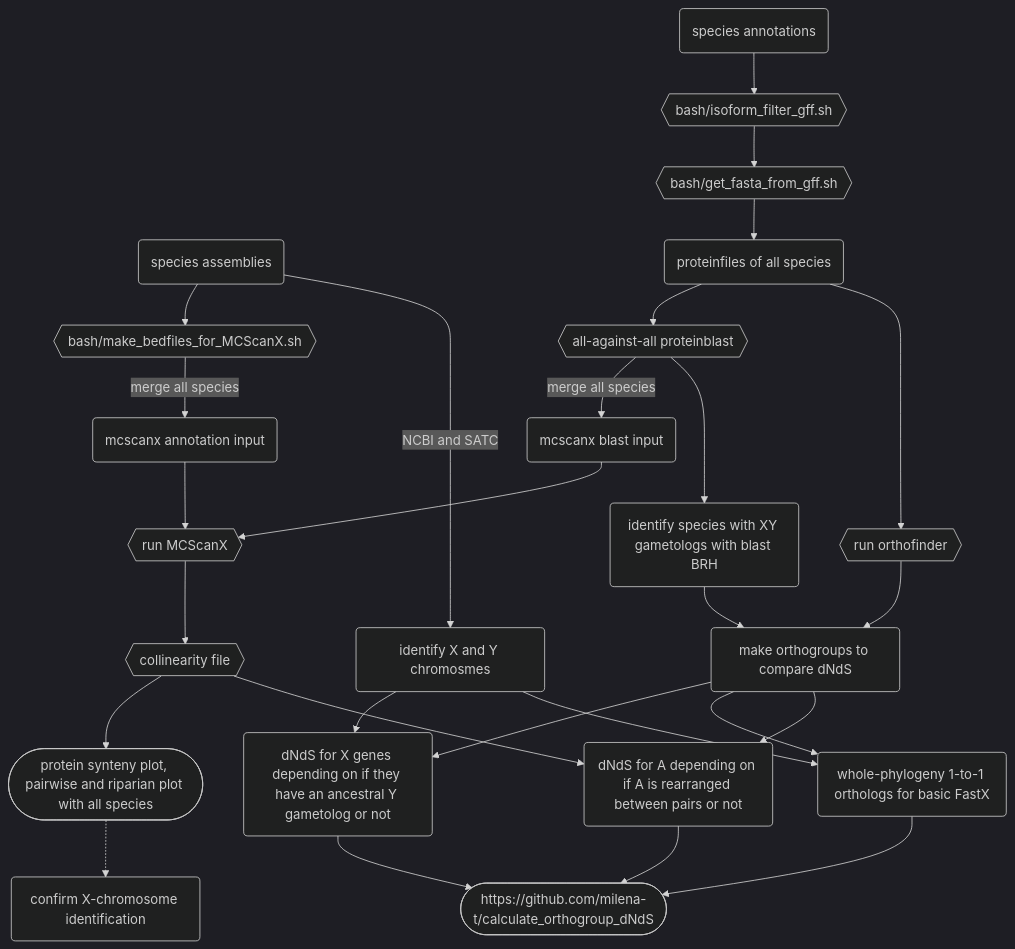
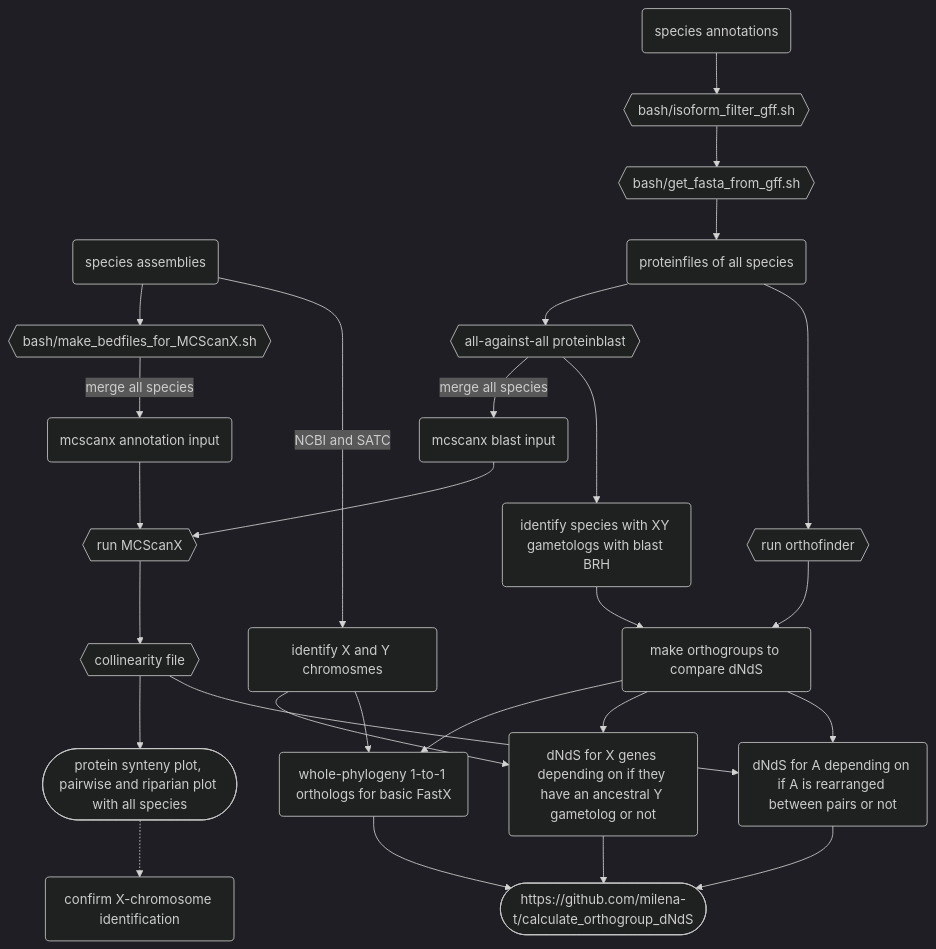
The diagram in README.md (milena-t/PhD_chapter3), drawn with Mermaid (dark theme) before and after one commit. The commit also changed other lines of this file, not shown here.

Commit message:
moremermaid

````diff
--- a/README.md
+++ b/README.md
@@ -55,39 +55,39 @@
 ```mermaid
 graph TD;
     species_Ass(species assemblies);
     species_Ass --> simplified_bed{{bash/make_bedfiles_for_MCScanX.sh}};
     simplified_bed -- merge all species --> mcscanx_bed(mcscanx annotation input);
     
     species_Ann(species annotations);
     species_Ann --> is_filter{{bash/isoform_filter_gff.sh}};
     is_filter --> get_prot{{bash/get_fasta_from_gff.sh}};
     get_prot --> protfiles(proteinfiles of all species);
     protfiles --> blast{{all-against-all proteinblast}};
     blast -- merge all species --> mcscanx_blast(mcscanx blast input);
 
     mcscanx_bed --> run_mcscanx{{run MCScanX}};
     mcscanx_blast --> run_mcscanx
     run_mcscanx --> mcscanx_out{{collinearity file}}
     mcscanx_out --> mcscanx_plot([protein synteny plot, pairwise and riparian plot with all species])
     mcscanx_plot .-> conf_X(confirm X-chromosome identification)
 
     species_Ass -- NCBI and SATC --> XY_chr(identify X and Y chromosmes);
     protfiles --> orthofinder{{run orthofinder}};
     
     blast --> XY_paralogs(identify species with XY gametologs with blast BRH);
     XY_paralogs --> dNdS_groups(make orthogroups to compare dNdS);
     orthofinder --> dNdS_groups;
 
+    dNdS_groups --> basicFastX(whole-phylogeny 1-to-1 orthologs for basic FastX);
     dNdS_groups --> gametologs(dNdS for X genes depending on if they have an ancestral Y gametolog or not);
     XY_chr --> gametologs
-    dNdS_groups --> basicFastX(whole-phylogeny 1-to-1 orthologs for basic FastX);
     XY_chr --> basicFastX
     dNdS_groups --> rearrangeA(dNdS for A depending on if A is rearranged between pairs or not)
     mcscanx_out --> rearrangeA
 
     OG_dNdS([https://github.com/milena-t/calculate_orthogroup_dNdS])
     gametologs --> OG_dNdS
     basicFastX --> OG_dNdS
     rearrangeA --> OG_dNdS
 
 ```   
````
